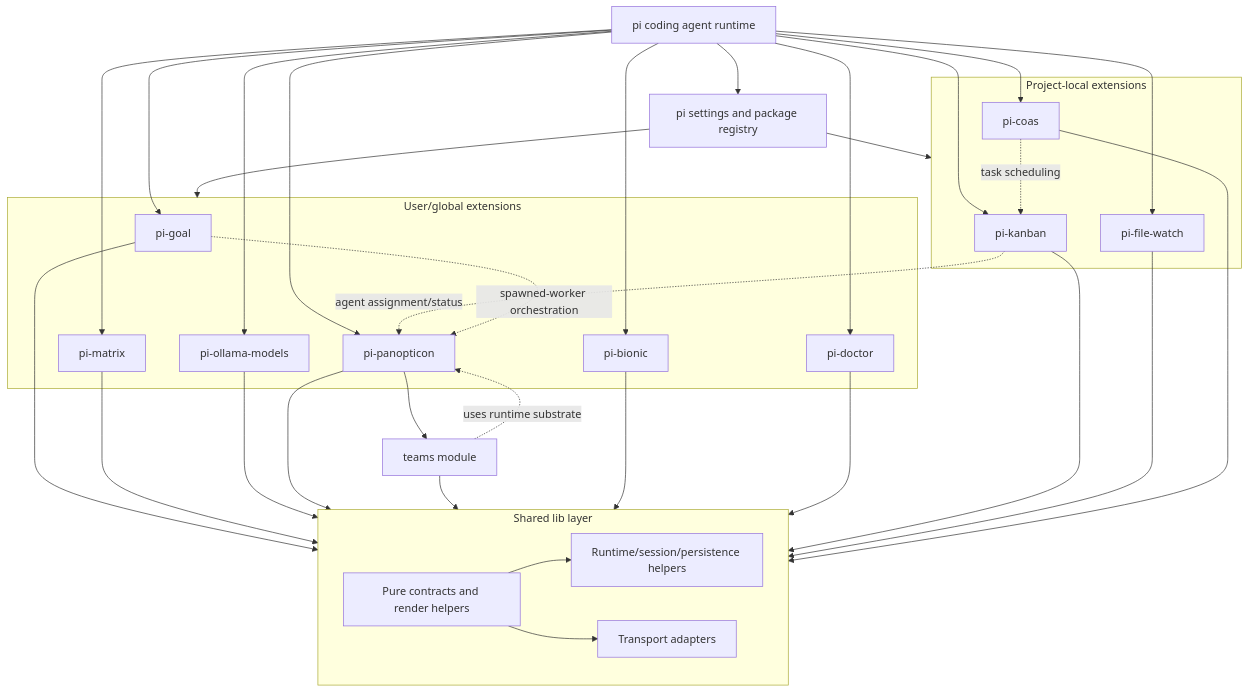
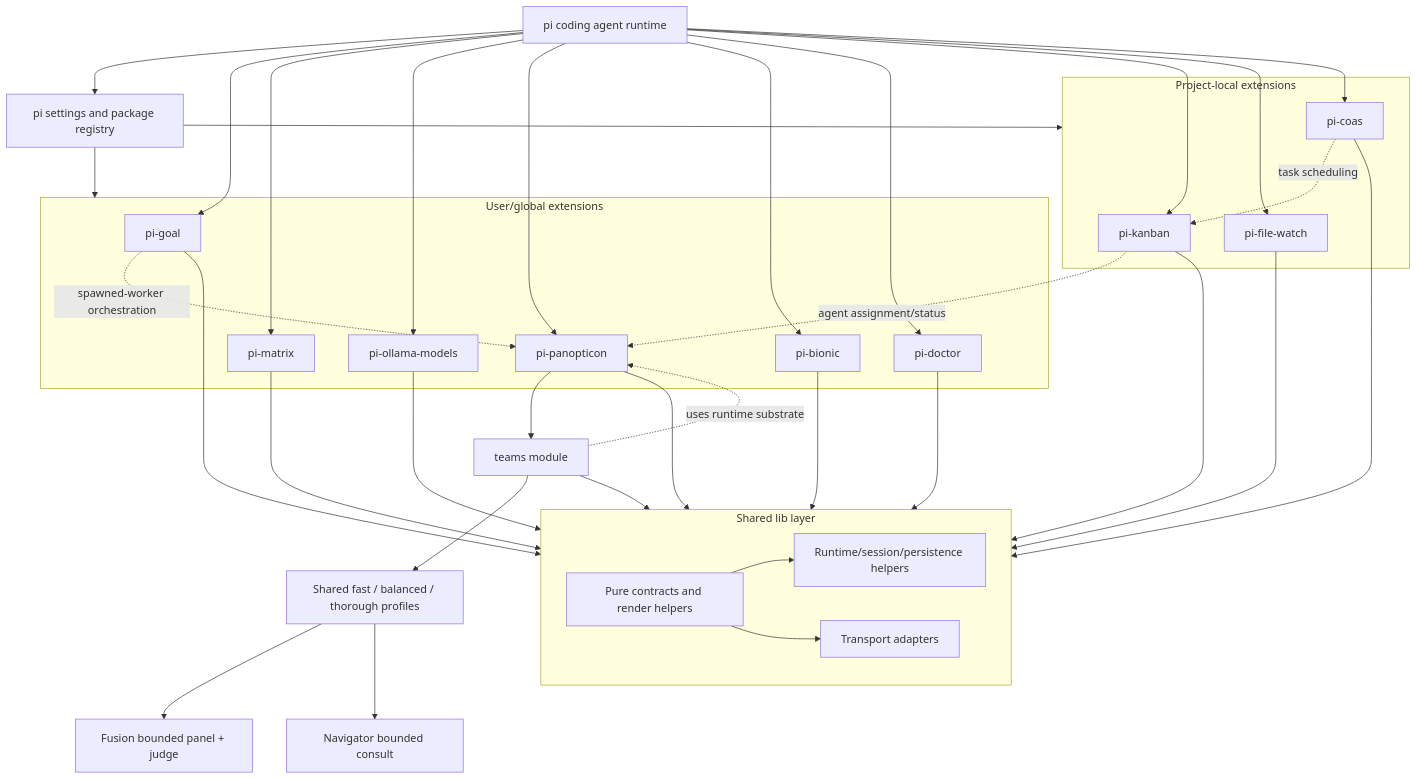
Before and after one commit to tS7hKamAYL84j91/pi-tools-and-skills: the first of 15 diagrams in docs/architecture.md, drawn with Mermaid. The commit also changed other lines of this file and 15 other files, not shown here.

Commit message:
feat(teams): add bounded speed profiles

````diff
--- a/docs/architecture.md
+++ b/docs/architecture.md
@@ -57,56 +57,59 @@
 ```mermaid
 flowchart TD
   Pi[pi coding agent runtime] --> Settings[pi settings and package registry]
   Settings --> GlobalExt[User/global extensions]
   Settings --> ProjectExt[Project-local extensions]
 
   subgraph SharedLib[Shared lib layer]
     Core[Pure contracts and render helpers]
     Runtime[Runtime/session/persistence helpers]
     Transports[Transport adapters]
     Core --> Runtime
     Core --> Transports
   end
 
   subgraph GlobalExt[User/global extensions]
     Goal[pi-goal]
     Matrix[pi-matrix]
     OllamaModels[pi-ollama-models]
     Panopticon[pi-panopticon]
     Bionic[pi-bionic]
     Doctor[pi-doctor]
   end
 
   subgraph ProjectExt[Project-local extensions]
     Kanban[pi-kanban]
     FileWatch[pi-file-watch]
     COAS[pi-coas]
   end
 
   Pi --> Goal
   Pi --> Matrix
   Pi --> OllamaModels
   Pi --> Panopticon
   Panopticon --> TeamsModule[teams module]
+  TeamsModule --> TeamProfiles[Shared fast / balanced / thorough profiles]
+  TeamProfiles --> Fusion[Fusion bounded panel + judge]
+  TeamProfiles --> Navigator[Navigator bounded consult]
   Pi --> Bionic
   Pi --> Doctor
   Pi --> Kanban
   Pi --> FileWatch
   Pi --> COAS
 
   Goal --> SharedLib
   Matrix --> SharedLib
   OllamaModels --> SharedLib
   Panopticon --> SharedLib
   TeamsModule --> SharedLib
   Bionic --> SharedLib
   Doctor --> SharedLib
   Kanban --> SharedLib
   FileWatch --> SharedLib
   COAS --> SharedLib
 
   TeamsModule -. uses runtime substrate .-> Panopticon
   Kanban -. agent assignment/status .-> Panopticon
   Goal -. spawned-worker orchestration .-> Panopticon
   COAS -. task scheduling .-> Kanban
 ```
````
